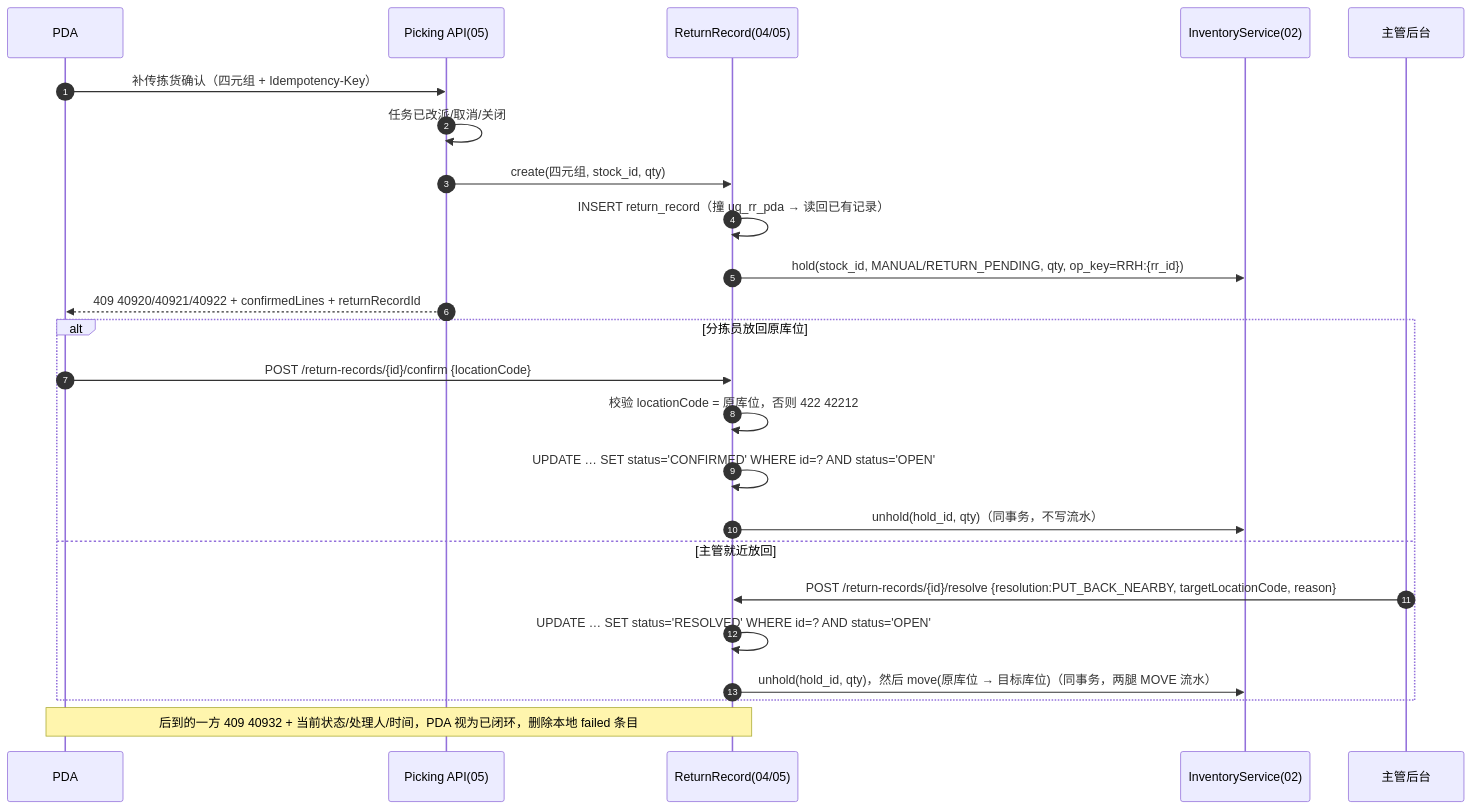
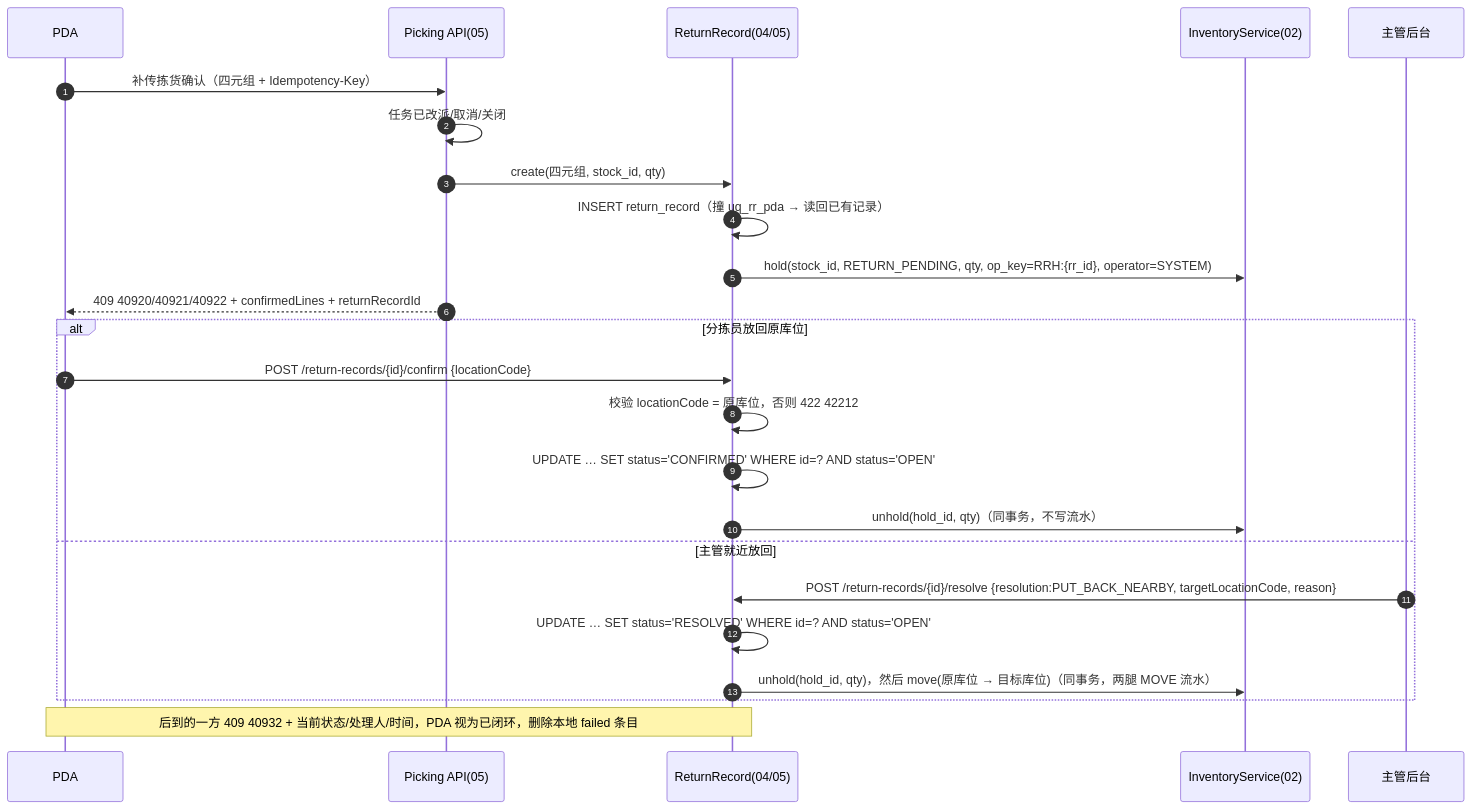
One commit to Akarin7784/fresh-wms changed the fourth of 4 diagrams in docs/04-出库与分配.md. Above: the diagram before and after it, drawn with Mermaid. The commit also changed other lines of this file and 1 other file, not shown here.

Commit message:
docs(00,04): RETURN_PENDING 独立 hold_type（系统冻结，关闭 04-Q4）；号段跨作业日作废；SQLite synchronous=FULL（关闭 G2）

````diff
--- a/docs/04-出库与分配.md
+++ b/docs/04-出库与分配.md
@@ -249,26 +249,26 @@
 ```mermaid
 sequenceDiagram
   autonumber
   participant PDA
   participant PK as Picking API(05)
   participant RR as ReturnRecord(04/05)
   participant INV as InventoryService(02)
   participant SUP as 主管后台
   PDA->>PK: 补传拣货确认（四元组 + Idempotency-Key）
   PK->>PK: 任务已改派/取消/关闭
   PK->>RR: create(四元组, stock_id, qty)
   RR->>RR: INSERT return_record（撞 uq_rr_pda → 读回已有记录）
-  RR->>INV: hold(stock_id, MANUAL/RETURN_PENDING, qty, op_key=RRH:{rr_id})
+  RR->>INV: hold(stock_id, RETURN_PENDING, qty, op_key=RRH:{rr_id}, operator=SYSTEM)
   PK-->>PDA: 409 40920/40921/40922 + confirmedLines + returnRecordId
   alt 分拣员放回原库位
     PDA->>RR: POST /return-records/{id}/confirm {locationCode}
     RR->>RR: 校验 locationCode = 原库位，否则 422 42212
     RR->>RR: UPDATE … SET status='CONFIRMED' WHERE id=? AND status='OPEN'
     RR->>INV: unhold(hold_id, qty)（同事务，不写流水）
   else 主管就近放回
     SUP->>RR: POST /return-records/{id}/resolve {resolution:PUT_BACK_NEARBY, targetLocationCode, reason}
     RR->>RR: UPDATE … SET status='RESOLVED' WHERE id=? AND status='OPEN'
     RR->>INV: unhold(hold_id, qty)，然后 move(原库位 → 目标库位)（同事务，两腿 MOVE 流水）
   end
   Note over PDA,RR: 后到的一方 409 40932 + 当前状态/处理人/时间，PDA 视为已闭环，删除本地 failed 条目
 ```
````
